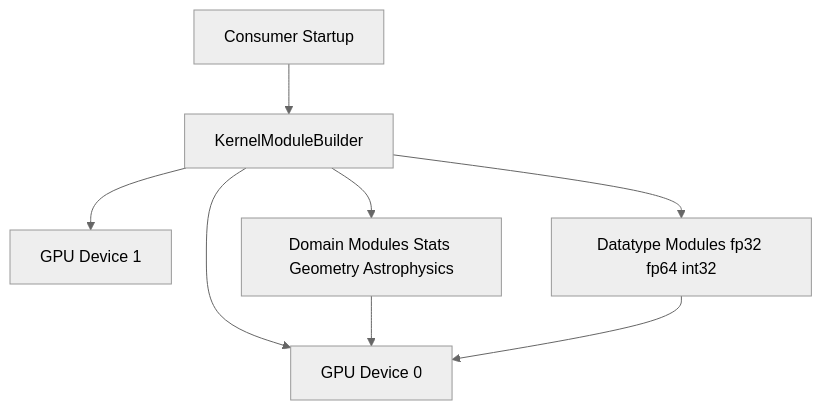
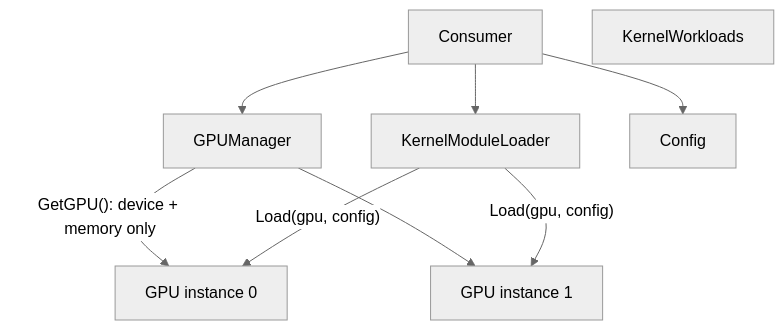
Before and after one commit to MPSQUARK/BAVCL: the fifth of 6 diagrams in Documentation/BAVCLSpecification.md, drawn with Mermaid (neutral theme). The commit also changed other lines of this file, not shown here.

````diff
--- a/Documentation/BAVCLSpecification.md
+++ b/Documentation/BAVCLSpecification.md
@@ -319,17 +319,17 @@
 ```mermaid
 flowchart TD
-    User[Consumer Startup]
-    Builder[KernelModuleBuilder]
-    GPU1[GPU Device 0]
-    GPU2[GPU Device 1]
-    Domains[Domain Modules Stats Geometry Astrophysics]
-    Types[Datatype Modules fp32 fp64 int32]
+    Consumer[Consumer]
+    GPUManager[GPUManager]
+    Workloads[KernelWorkloads]
+    Loader[KernelModuleLoader]
+    GPU0[GPU instance 0]
+    GPU1[GPU instance 1]
 
-    User --> Builder
-    Builder --> Domains
-    Builder --> Types
-    Builder --> GPU1
-    Builder --> GPU2
-    Domains --> GPU1
-    Types --> GPU1
+    Consumer --> GPUManager
+    GPUManager -->|"GetGPU(): device + memory only"| GPU0
+    GPUManager --> GPU1
+    Consumer --> Config
+    Consumer --> Loader
+    Loader -->|"Load(gpu, config)"| GPU0
+    Loader -->|"Load(gpu, config)"| GPU1
 ```
````
